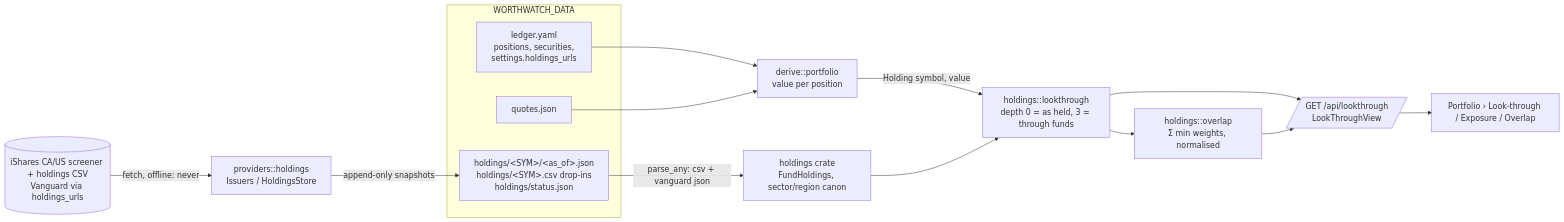
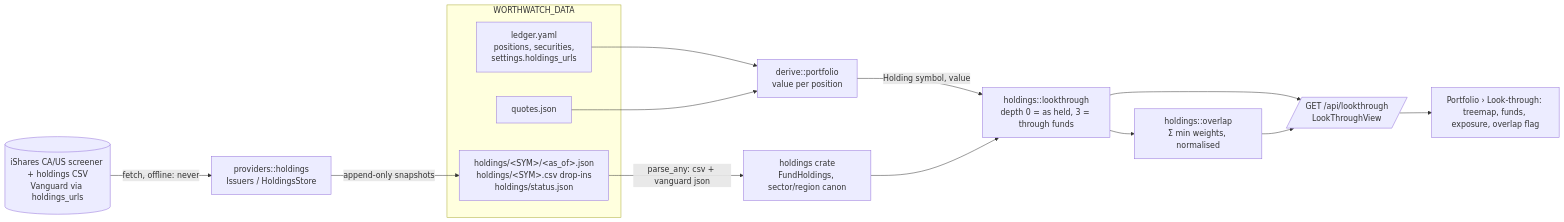
One commit to Akazai-A/Worthwatch changed the third of 9 diagrams in docs/develop/data-flows.md. Above: the diagram before and after it, drawn with Mermaid. The commit also changed other lines of this file and 34 other files, not shown here.

First line of the commit message:
Portfolio, Changes and a page per holding, all about your funds

````diff
--- a/docs/develop/data-flows.md
+++ b/docs/develop/data-flows.md
@@ -103,19 +103,19 @@
 ```mermaid
 flowchart LR
   subgraph disk [WORTHWATCH_DATA]
     L[ledger.yaml<br/>positions, securities,<br/>settings.holdings_urls]
     Q[quotes.json]
     H[holdings/&lt;SYM&gt;/&lt;as_of&gt;.json<br/>holdings/&lt;SYM&gt;.csv drop-ins<br/>holdings/status.json]
   end
   I[(iShares CA/US screener + holdings CSV<br/>Vanguard via holdings_urls)] -->|fetch, offline: never| P[providers::holdings<br/>Issuers / HoldingsStore]
   P -->|append-only snapshots| H
   H -->|parse_any: csv + vanguard json| HC[holdings crate<br/>FundHoldings, sector/region canon]
   L --> D[derive::portfolio<br/>value per position]
   Q --> D
   D -->|Holding symbol, value| LT[holdings::lookthrough<br/>depth 0 = as held, 3 = through funds]
   HC --> LT
   LT --> V[/GET /api/lookthrough<br/>LookThroughView/]
   LT --> O[holdings::overlap<br/>Σ min weights, normalised]
   O --> V
-  V --> UI[Portfolio › Look-through / Exposure / Overlap]
+  V --> UI[Portfolio › Look-through: treemap, funds, exposure, overlap flag]
 ```
````
